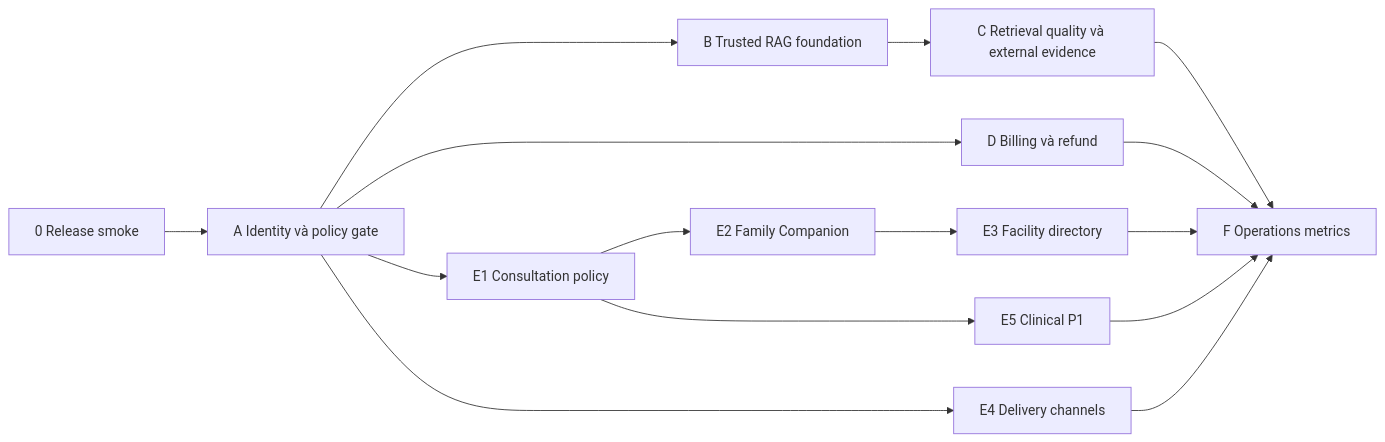
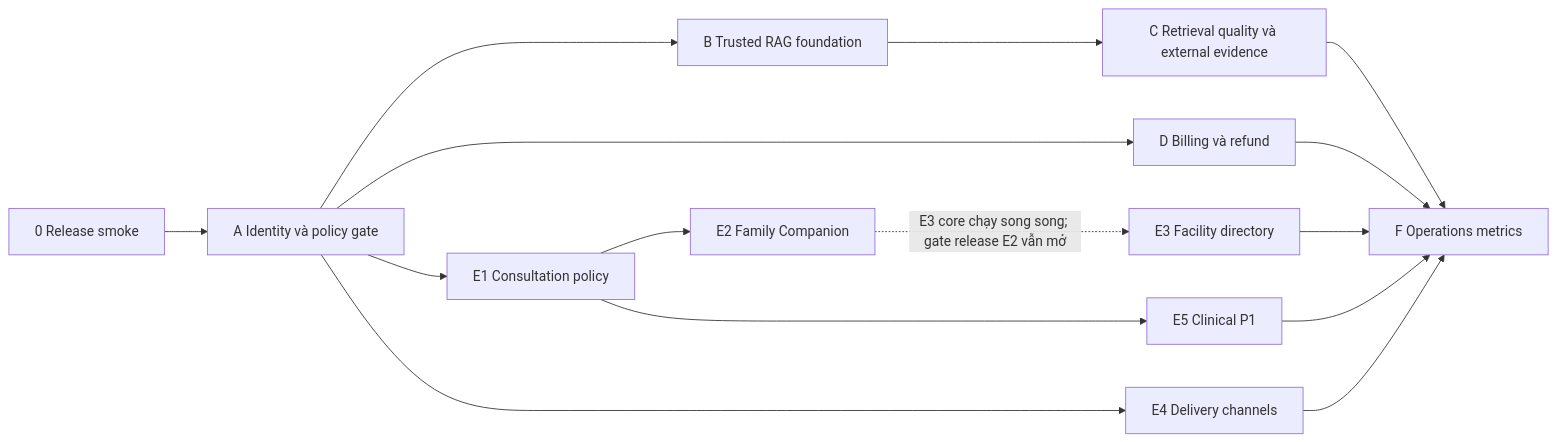
Before and after one commit to Bakaguya-sama/Healthcare-System: the diagram in plan/roadmap-v2.md, drawn with Mermaid. The commit also changed other lines of this file and 70 other files, not shown here.

First line of the commit message:
feat(api): implement medical facility directory

````diff
--- a/plan/roadmap-v2.md
+++ b/plan/roadmap-v2.md
@@ -27,17 +27,17 @@
 ```mermaid
 flowchart LR
     P0[0 Release smoke] --> A[A Identity và policy gate]
     A --> B[B Trusted RAG foundation]
     B --> C[C Retrieval quality và external evidence]
     A --> D[D Billing và refund]
     A --> E1[E1 Consultation policy]
     E1 --> E2[E2 Family Companion]
-    E2 --> E3[E3 Facility directory]
+    E2 -. "E3 core chạy song song; gate release E2 vẫn mở" .-> E3[E3 Facility directory]
     A --> E4[E4 Delivery channels]
     E1 --> E5[E5 Clinical P1]
     C --> F[F Operations metrics]
     D --> F
     E3 --> F
     E4 --> F
     E5 --> F
 ```
````
